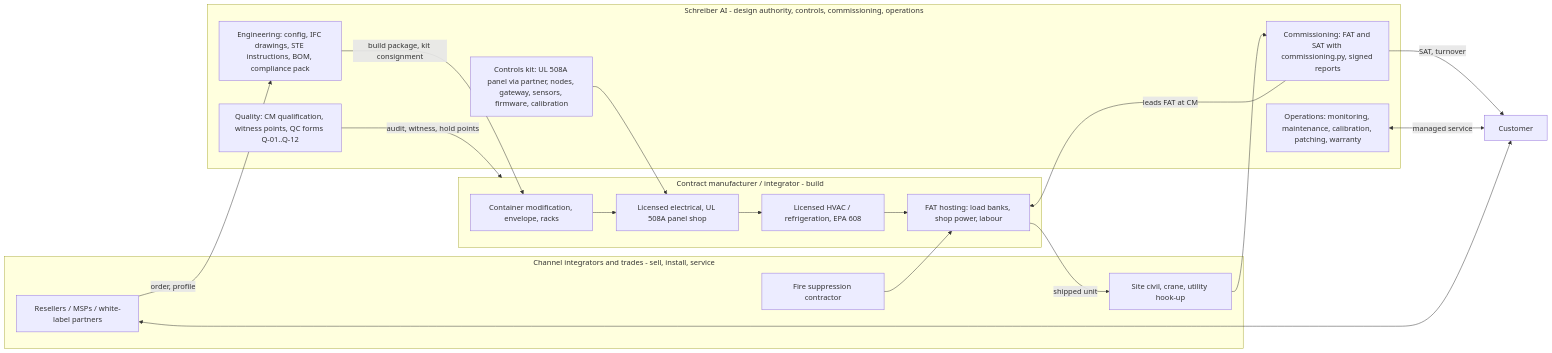
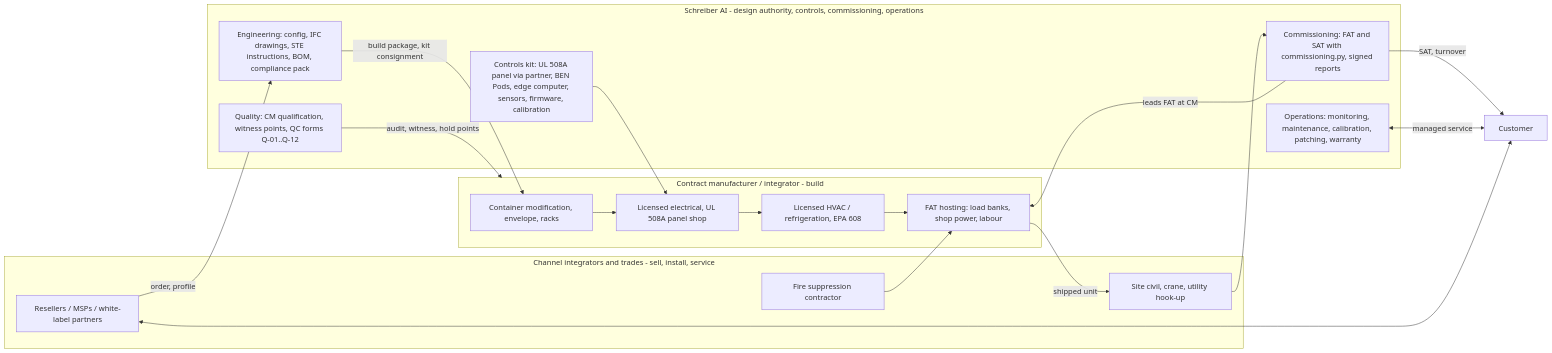
Before and after one commit to PappaBears/BEN_Engine: the diagram in docs/MANUFACTURING_STRATEGY.md, drawn with Mermaid. The commit also changed other lines of this file and 266 other files, not shown here.

````diff
--- a/docs/MANUFACTURING_STRATEGY.md
+++ b/docs/MANUFACTURING_STRATEGY.md
@@ -20,34 +20,34 @@
 ```mermaid
 flowchart LR
     subgraph SAI[Schreiber AI - design authority, controls, commissioning, operations]
         ENG[Engineering: config, IFC drawings, STE instructions, BOM, compliance pack]
-        KIT[Controls kit: UL 508A panel via partner, nodes, gateway, sensors, firmware, calibration]
+        KIT[Controls kit: UL 508A panel via partner, BEN Pods, edge computer, sensors, firmware, calibration]
         COM[Commissioning: FAT and SAT with commissioning.py, signed reports]
         OPS[Operations: monitoring, maintenance, calibration, patching, warranty]
         QUAL[Quality: CM qualification, witness points, QC forms Q-01..Q-12]
     end
     subgraph CM[Contract manufacturer / integrator - build]
         SHOP[Container modification, envelope, racks]
         ELEC[Licensed electrical, UL 508A panel shop]
         HVAC[Licensed HVAC / refrigeration, EPA 608]
         FATS[FAT hosting: load banks, shop power, labour]
     end
     subgraph INT[Channel integrators and trades - sell, install, service]
         SELL[Resellers / MSPs / white-label partners]
         SITE[Site civil, crane, utility hook-up]
         FIRE[Fire suppression contractor]
     end
     CUST[Customer]
     ENG -->|build package, kit consignment| SHOP
     KIT --> ELEC
     QUAL -->|audit, witness, hold points| CM
     COM -->|leads FAT at CM| FATS
     SHOP --> ELEC --> HVAC --> FATS
     FATS -->|shipped unit| SITE
     SELL -->|order, profile| ENG
     SITE --> COM
     FIRE --> FATS
     COM -->|SAT, turnover| CUST
     OPS <-->|managed service| CUST
     SELL <--> CUST
 ```
````
